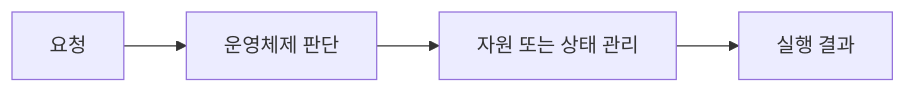
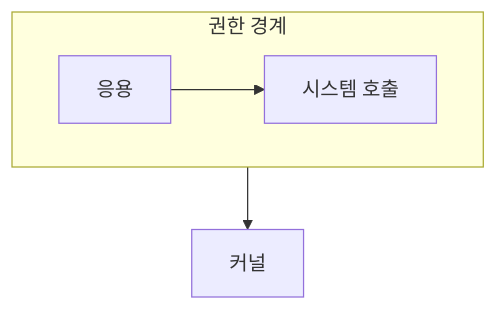
The diagram in ComputerScience/04_systems-infrastructure/operating-systems/notes/02. 컴퓨터 시스템과 커널 모드.md (umyunsang/edu), drawn with Mermaid before and after one commit. The commit also changed other lines of this file and 20 other files, not shown here.

````diff
--- a/ComputerScience/04_systems-infrastructure/operating-systems/notes/02. 컴퓨터 시스템과 커널 모드.md
+++ b/ComputerScience/04_systems-infrastructure/operating-systems/notes/02. 컴퓨터 시스템과 커널 모드.md
@@ -25,6 +21,8 @@
 ```mermaid
-flowchart LR
-    A[요청] --> B[운영체제 판단]
-    B --> C[자원 또는 상태 관리]
-    C --> D[실행 결과]
+flowchart TB
+    subgraph Boundary["권한 경계"]
+        direction LR
+        A[응용] --> B[시스템 호출]
+    end
+    Boundary --> C[커널]
 ```
````
